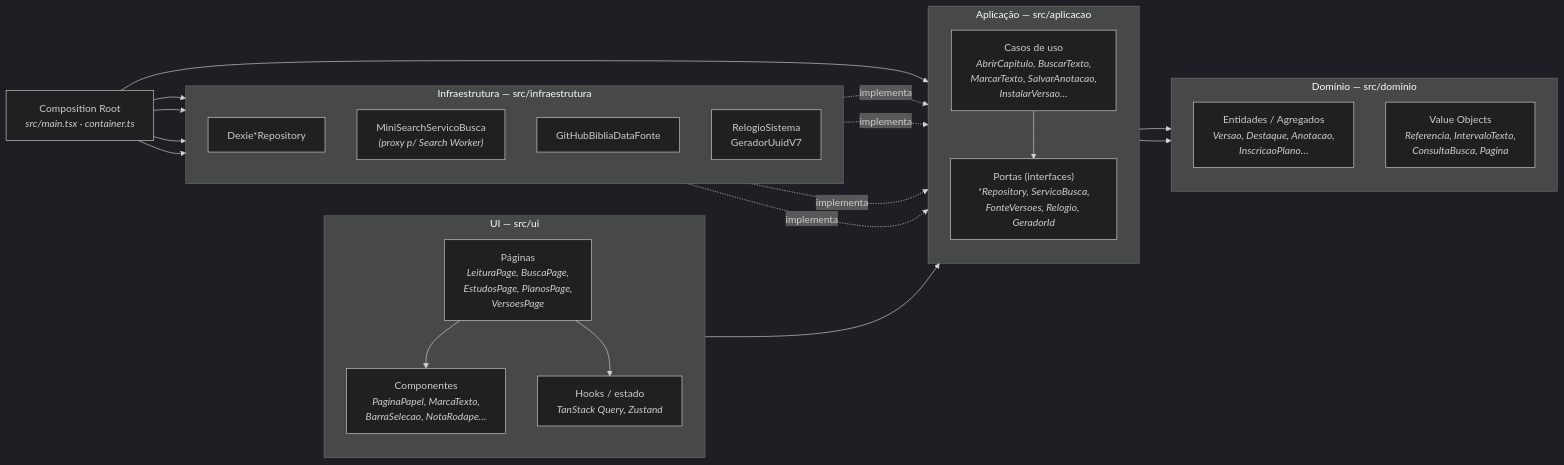
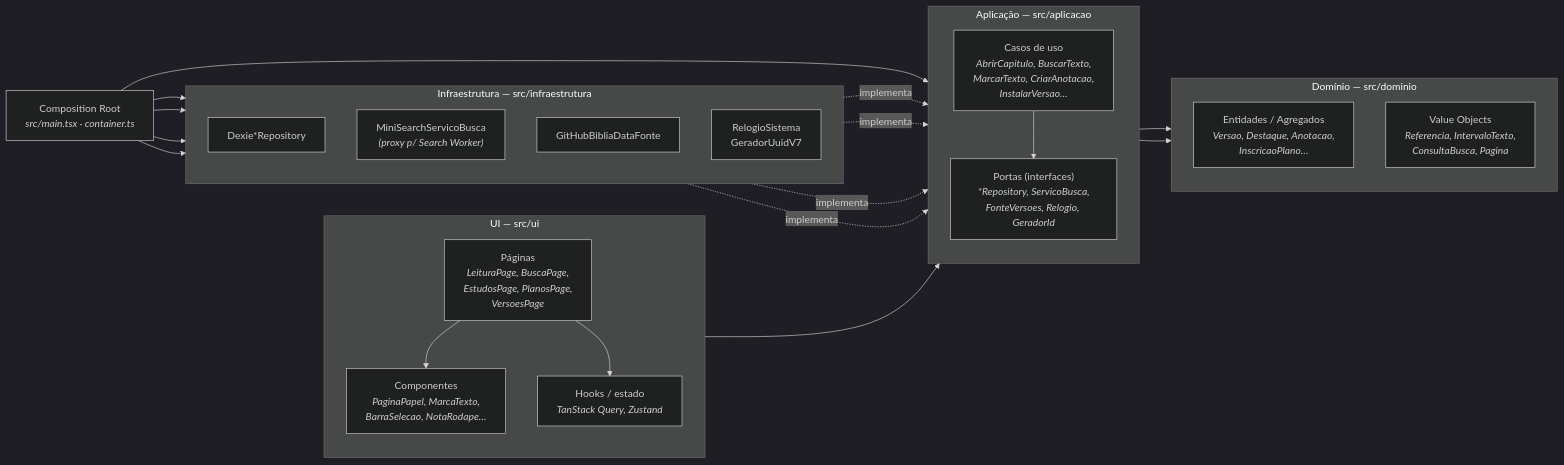
Before and after one commit to edioilha/biblia-app: the third of 8 diagrams in docs/06-arquitetura.md, drawn with Mermaid (dark theme). The commit also changed other lines of this file and 5 other files, not shown here.

````diff
--- a/docs/06-arquitetura.md
+++ b/docs/06-arquitetura.md
@@ -82,44 +82,44 @@
 ```mermaid
 flowchart LR
     subgraph ui["UI — src/ui"]
         direction TB
         paginas["Páginas<br/><i>LeituraPage, BuscaPage,<br/>EstudosPage, PlanosPage,<br/>VersoesPage</i>"]
         comps["Componentes<br/><i>PaginaPapel, MarcaTexto,<br/>BarraSelecao, NotaRodape…</i>"]
         hooks["Hooks / estado<br/><i>TanStack Query, Zustand</i>"]
     end
 
     subgraph app["Aplicação — src/aplicacao"]
         direction TB
-        uc["Casos de uso<br/><i>AbrirCapitulo, BuscarTexto,<br/>MarcarTexto, SalvarAnotacao,<br/>InstalarVersao…</i>"]
+        uc["Casos de uso<br/><i>AbrirCapitulo, BuscarTexto,<br/>MarcarTexto, CriarAnotacao,<br/>InstalarVersao…</i>"]
         portas["Portas (interfaces)<br/><i>*Repository, ServicoBusca,<br/>FonteVersoes, Relogio, GeradorId</i>"]
     end
 
     subgraph dom["Domínio — src/dominio"]
         direction TB
         ent["Entidades / Agregados<br/><i>Versao, Destaque, Anotacao,<br/>InscricaoPlano…</i>"]
         vo["Value Objects<br/><i>Referencia, IntervaloTexto,<br/>ConsultaBusca, Pagina</i>"]
     end
 
     subgraph infra["Infraestrutura — src/infraestrutura"]
         direction TB
         dexie["Dexie*Repository"]
         busca["MiniSearchServicoBusca<br/><i>(proxy p/ Search Worker)</i>"]
         fonte["GitHubBibliaDataFonte"]
         relogio["RelogioSistema<br/>GeradorUuidV7"]
     end
 
     comp_root["Composition Root<br/><i>src/main.tsx · container.ts</i>"]
 
     paginas --> comps
     paginas --> hooks
     hooks --> uc
     uc --> ent
     uc --> vo
     uc --> portas
     dexie -. "implementa" .-> portas
     busca -. "implementa" .-> portas
     fonte -. "implementa" .-> portas
     relogio -. "implementa" .-> portas
     comp_root --> dexie & busca & fonte & relogio
     comp_root --> uc
 ```
````
